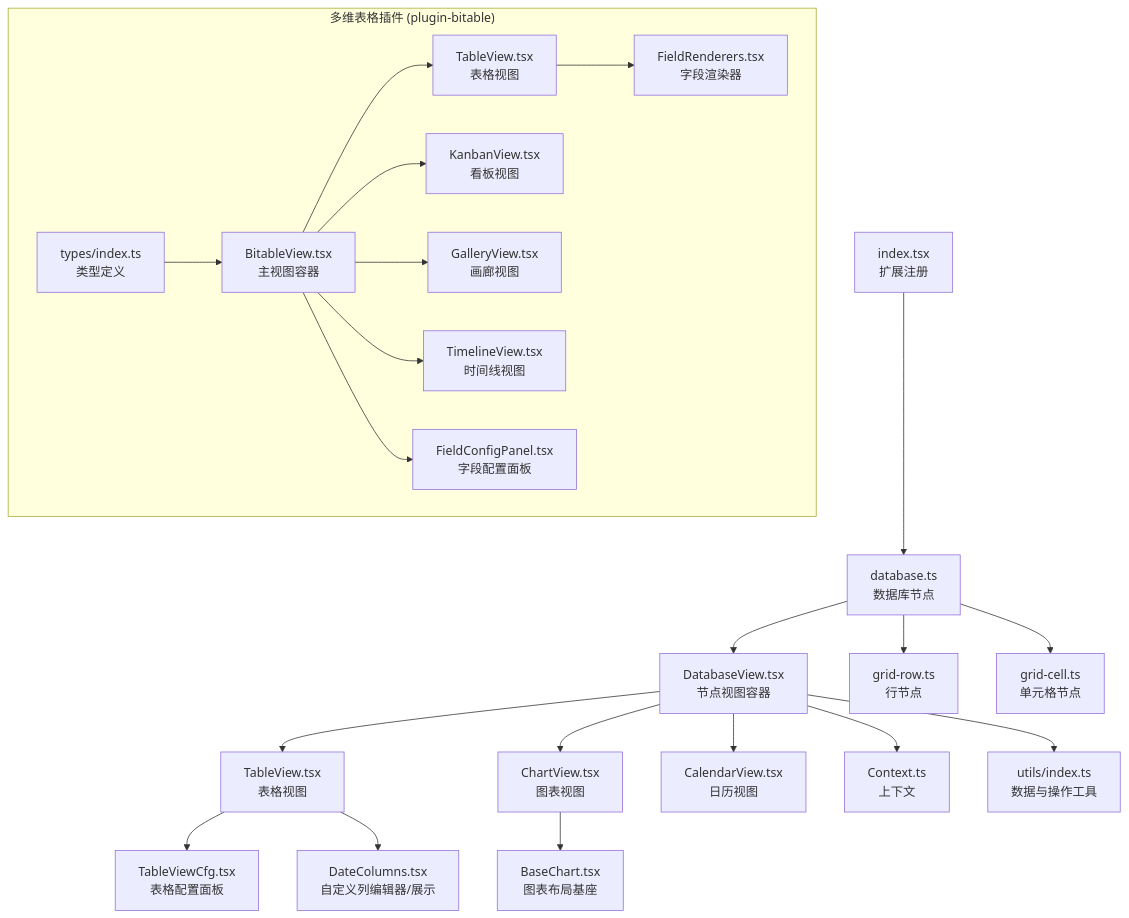
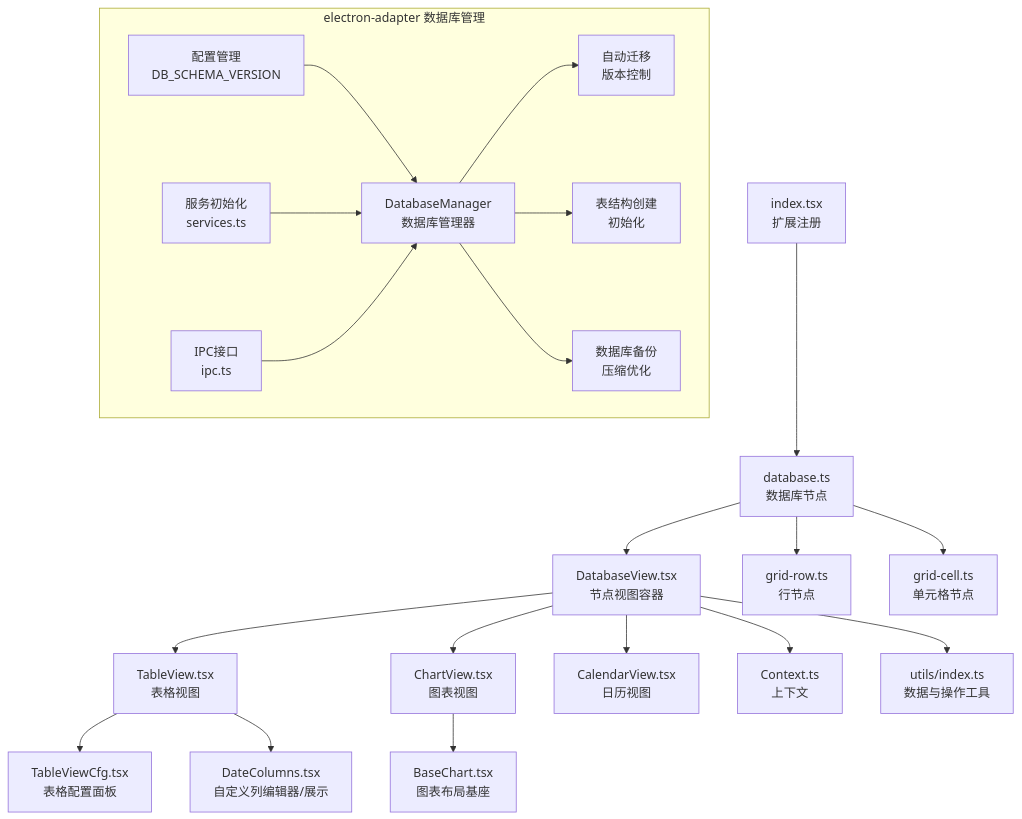
The first of 8 diagrams in .qoder/repowiki/zh/content/功能模块/数据库插件/数据库插件.md (LRF0422/Kotion), drawn with Mermaid before and after one commit. The commit also changed other lines of this file and 75 other files, not shown here.

````diff
--- a/.qoder/repowiki/zh/content/功能模块/数据库插件/数据库插件.md
+++ b/.qoder/repowiki/zh/content/功能模块/数据库插件/数据库插件.md
@@ -60,24 +87,23 @@
 ```mermaid
 graph TB
 A["index.tsx<br/>扩展注册"] --> B["database.ts<br/>数据库节点"]
 B --> C["DatabaseView.tsx<br/>节点视图容器"]
 C --> D["TableView.tsx<br/>表格视图"]
 C --> E["ChartView.tsx<br/>图表视图"]
 C --> F["CalendarView.tsx<br/>日历视图"]
 D --> G["TableViewCfg.tsx<br/>表格配置面板"]
 D --> H["DateColumns.tsx<br/>自定义列编辑器/展示"]
 E --> I["BaseChart.tsx<br/>图表布局基座"]
 B --> J["grid-row.ts<br/>行节点"]
 B --> K["grid-cell.ts<br/>单元格节点"]
 C --> L["Context.ts<br/>上下文"]
 C --> M["utils/index.ts<br/>数据与操作工具"]
-subgraph "多维表格插件 (plugin-bitable)"
-N["BitableView.tsx<br/>主视图容器"] --> O["TableView.tsx<br/>表格视图"]
-N --> P["KanbanView.tsx<br/>看板视图"]
-N --> Q["GalleryView.tsx<br/>画廊视图"]
-N --> R["TimelineView.tsx<br/>时间线视图"]
-O --> S["FieldRenderers.tsx<br/>字段渲染器"]
-N --> T["FieldConfigPanel.tsx<br/>字段配置面板"]
-U["types/index.ts<br/>类型定义"] --> N
+subgraph "electron-adapter 数据库管理"
+N["DatabaseManager<br/>数据库管理器"] --> O["自动迁移<br/>版本控制"]
+N --> P["表结构创建<br/>初始化"]
+N --> Q["数据库备份<br/>压缩优化"]
+R["配置管理<br/>DB_SCHEMA_VERSION"] --> N
+S["服务初始化<br/>services.ts"] --> N
+T["IPC接口<br/>ipc.ts"] --> N
 end
 ```
````
